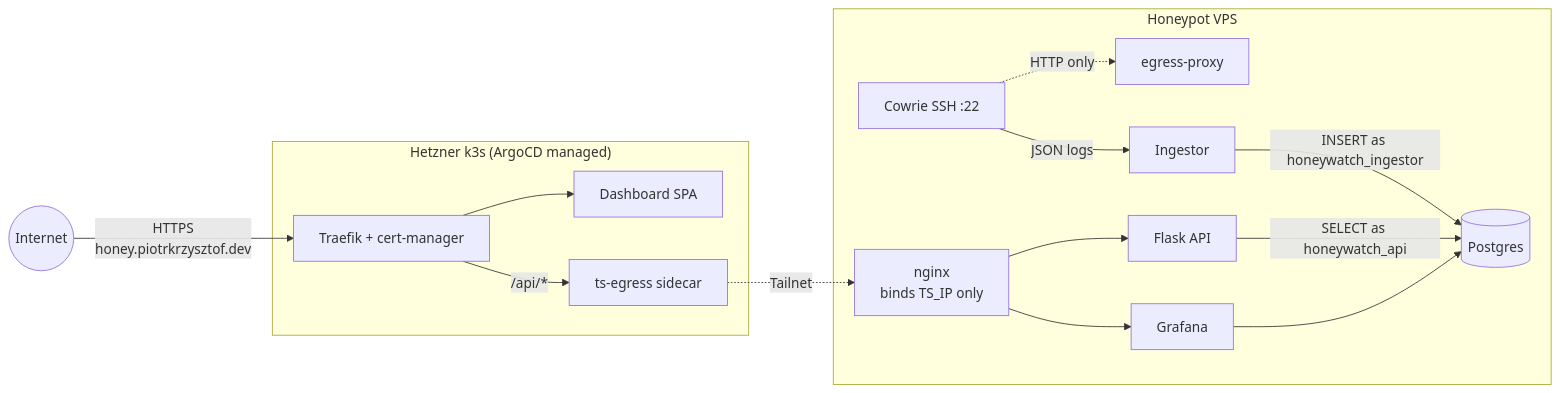
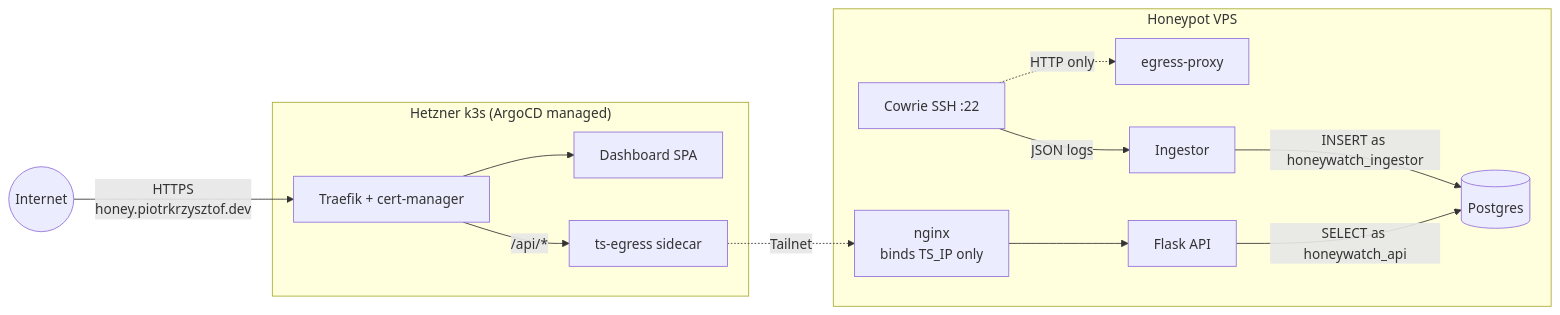
The diagram in README.md (straightchlorine/honeywatch), drawn with Mermaid before and after one commit. The commit also changed other lines of this file and 64 other files, not shown here.

````diff
--- a/README.md
+++ b/README.md
@@ -12,20 +12,18 @@
 ```mermaid
 graph LR
     subgraph honeypot["Honeypot VPS"]
         Cowrie[Cowrie SSH :22] -.->|HTTP only| Egress[egress-proxy]
         Cowrie -->|JSON logs| Ingestor
         Ingestor -->|INSERT as honeywatch_ingestor| PG[(Postgres)]
         API[Flask API] -->|SELECT as honeywatch_api| PG
-        Grafana --> PG
         Nginx[nginx<br/>binds TS_IP only] --> API
-        Nginx --> Grafana
     end
 
     subgraph k3s["Hetzner k3s (ArgoCD managed)"]
         Traefik[Traefik + cert-manager] --> Dashboard[Dashboard SPA]
         Traefik -->|/api/*| TSE[ts-egress sidecar]
     end
 
     Net((Internet)) -->|HTTPS<br/>honey.piotrkrzysztof.dev| Traefik
     TSE -.->|Tailnet| Nginx
 ```
````
